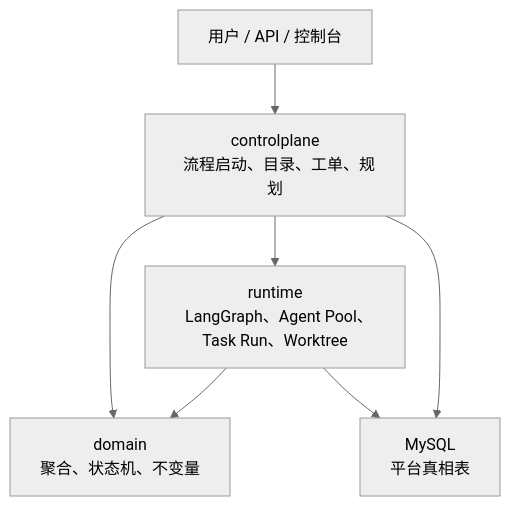
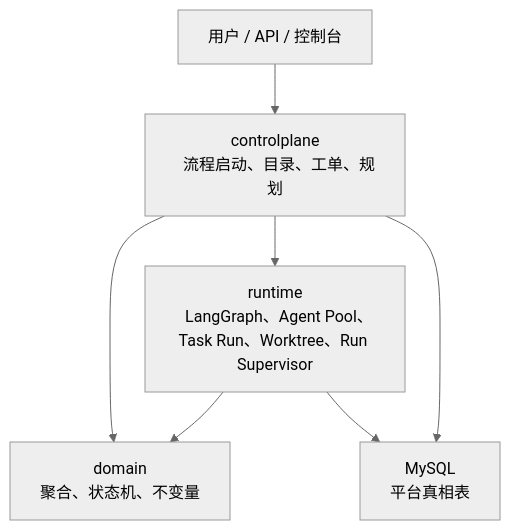
One commit to xilufeisaigao/AgentX changed the diagram in docs/architecture/01-three-layer-architecture.md. Above: the diagram before and after it, drawn with Mermaid (neutral theme). The commit also changed other lines of this file and 5 other files, not shown here.

````diff
--- a/docs/architecture/01-three-layer-architecture.md
+++ b/docs/architecture/01-three-layer-architecture.md
@@ -7,19 +7,19 @@
 ```mermaid
 flowchart TB
   USER["用户 / API / 控制台"]
   CP["controlplane
   流程启动、目录、工单、规划"]
   DM["domain
   聚合、状态机、不变量"]
   RT["runtime
-  LangGraph、Agent Pool、Task Run、Worktree"]
+  LangGraph、Agent Pool、Task Run、Worktree、Run Supervisor"]
   DB["MySQL
   平台真相表"]
 
   USER --> CP
   CP --> DM
   CP --> RT
   RT --> DM
   CP --> DB
   RT --> DB
 ```
````
